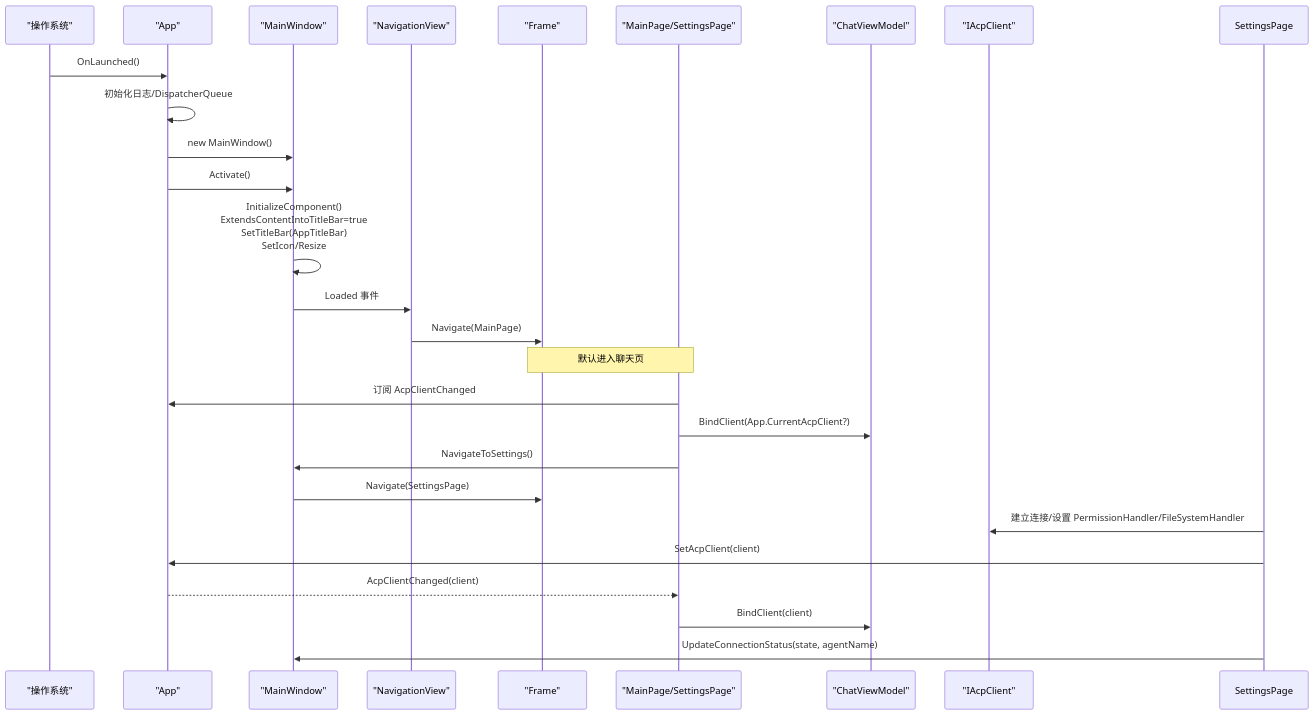
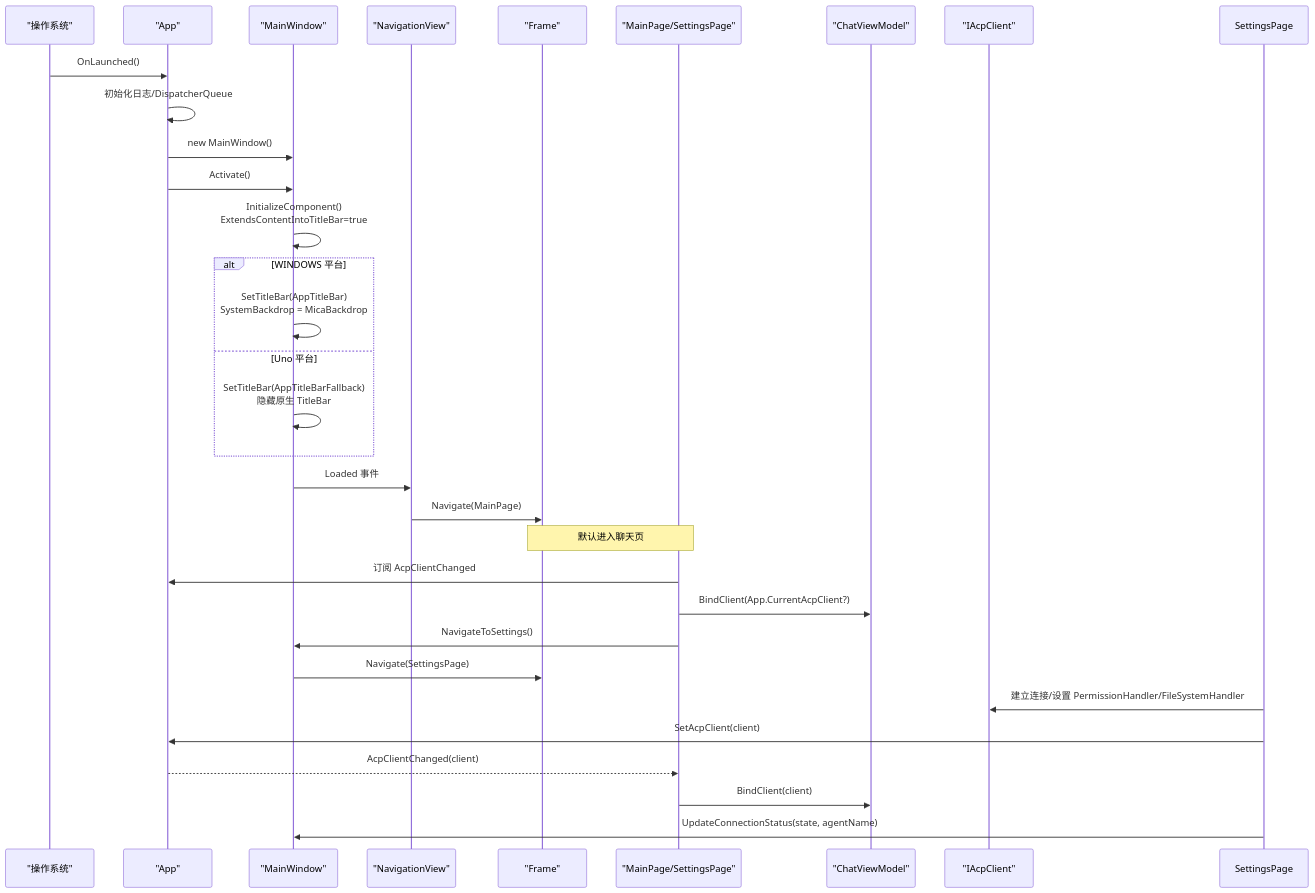
The second of 7 diagrams in .qoder/repowiki/zh/content/开发指南/项目结构/主窗口框架.md (AgenticDesktop/App), drawn with Mermaid before and after one commit. The commit also changed other lines of this file and 108 other files, not shown here.

First line of the commit message:
Add support for Uno Desktop and WinUI 3 build scripts

````diff
--- a/.qoder/repowiki/zh/content/开发指南/项目结构/主窗口框架.md
+++ b/.qoder/repowiki/zh/content/开发指南/项目结构/主窗口框架.md
@@ -115,28 +134,33 @@
 ```mermaid
 sequenceDiagram
 participant OS as "操作系统"
 participant App as "App"
 participant Win as "MainWindow"
 participant Nav as "NavigationView"
 participant Frame as "Frame"
 participant Page as "MainPage/SettingsPage"
 participant VM as "ChatViewModel"
 participant ACPLib as "IAcpClient"
 OS->>App : OnLaunched()
 App->>App : 初始化日志/DispatcherQueue
 App->>Win : new MainWindow()
 App->>Win : Activate()
-Win->>Win : InitializeComponent()<br/>ExtendsContentIntoTitleBar=true<br/>SetTitleBar(AppTitleBar)<br/>SetIcon/Resize
+Win->>Win : InitializeComponent()<br/>ExtendsContentIntoTitleBar=true
+alt WINDOWS 平台
+Win->>Win : SetTitleBar(AppTitleBar)<br/>SystemBackdrop = MicaBackdrop
+else Uno 平台
+Win->>Win : SetTitleBar(AppTitleBarFallback)<br/>隐藏原生 TitleBar
+end
 Win->>Nav : Loaded 事件
 Nav->>Frame : Navigate(MainPage)
 Note over Frame,Page : 默认进入聊天页
 Page->>App : 订阅 AcpClientChanged
 Page->>VM : BindClient(App.CurrentAcpClient?)
 Page->>Win : NavigateToSettings()
 Win->>Frame : Navigate(SettingsPage)
 SettingsPage->>ACPLib : 建立连接/设置 PermissionHandler/FileSystemHandler
 SettingsPage->>App : SetAcpClient(client)
 App-->>Page : AcpClientChanged(client)
 Page->>VM : BindClient(client)
 SettingsPage->>Win : UpdateConnectionStatus(state, agentName)
 ```
````
